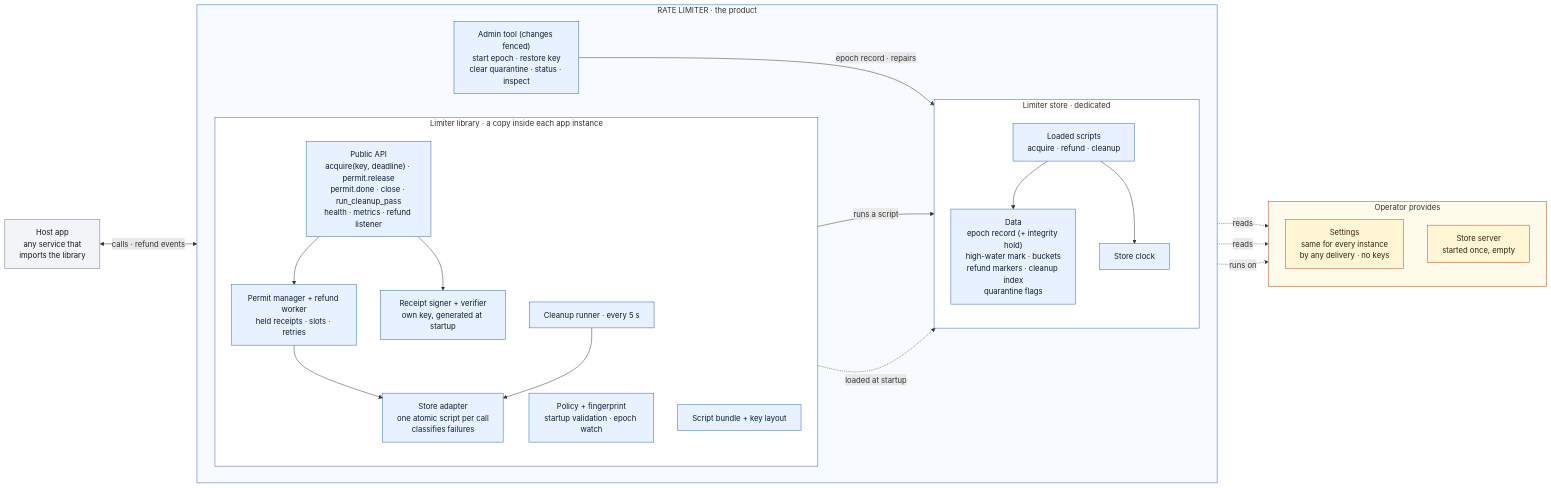
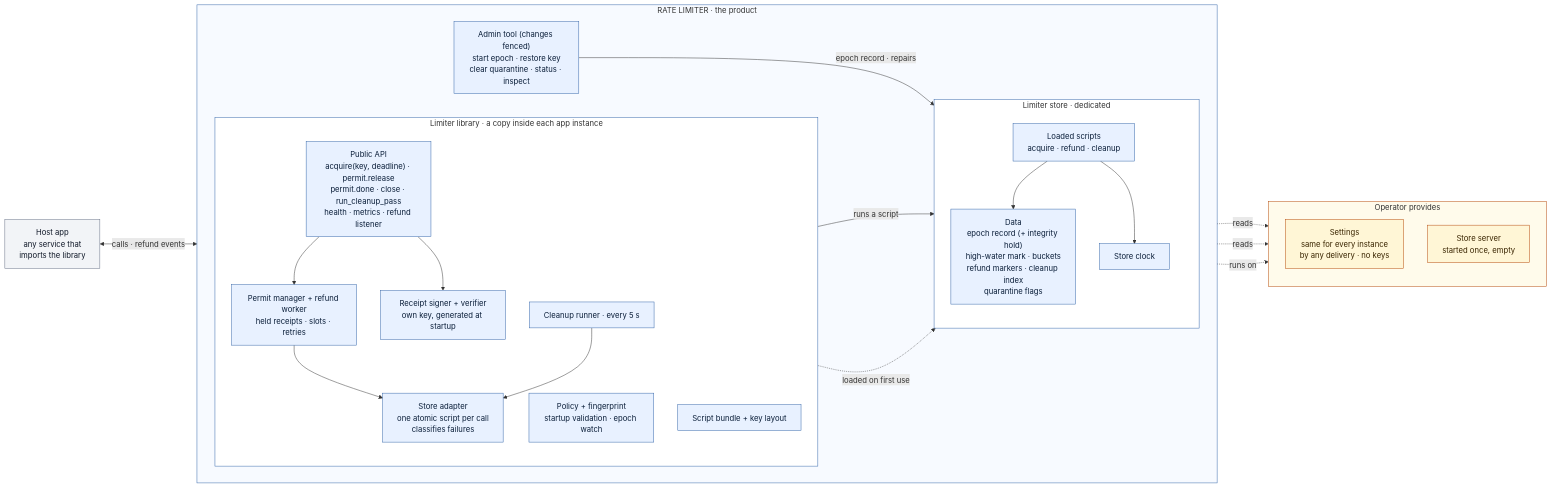
The first of 11 diagrams in ARCHITECTURE.md (srir84/ratelimiter), drawn with Mermaid before and after one commit. The commit also changed other lines of this file and 29 other files, not shown here.

````diff
--- a/ARCHITECTURE.md
+++ b/ARCHITECTURE.md
@@ -25,51 +25,51 @@
 ```mermaid
 flowchart LR
   host["Host app<br/>any service that<br/>imports the library"]
   subgraph product["RATE LIMITER · the product"]
     direction LR
     subgraph lib["Limiter library · a copy inside each app instance"]
       direction TB
       papi["Public API<br/>acquire(key, deadline) · permit.release<br/>permit.done · close · run_cleanup_pass<br/>health · metrics · refund listener"]
       pm["Permit manager + refund worker<br/>held receipts · slots · retries"]
       sg["Receipt signer + verifier<br/>own key, generated at startup"]
       pol["Policy + fingerprint<br/>startup validation · epoch watch"]
       cr["Cleanup runner · every 5 s"]
       ad["Store adapter<br/>one atomic script per call<br/>classifies failures"]
       bun["Script bundle + key layout"]
       papi --> pm --> ad
       papi --> sg
       cr --> ad
     end
     subgraph store["Limiter store · dedicated"]
       direction TB
       scr["Loaded scripts<br/>acquire · refund · cleanup"]
       dat["Data<br/>epoch record (+ integrity hold)<br/>high-water mark · buckets<br/>refund markers · cleanup index<br/>quarantine flags"]
       clk["Store clock"]
       scr --> dat
       scr --> clk
     end
     admin["Admin tool (changes fenced)<br/>start epoch · restore key<br/>clear quarantine · status · inspect"]
   end
   subgraph ops["Operator provides"]
     direction TB
     conf["Settings<br/>same for every instance<br/>by any delivery · no keys"]
     srv["Store server<br/>started once, empty"]
   end
   host <-->|"calls · refund events"| papi
   ad -->|"runs a script"| scr
-  bun -.->|"loaded at startup"| scr
+  bun -.->|"loaded on first use"| scr
   admin -->|"epoch record · repairs"| dat
   pol -.->|"reads"| conf
   admin -.->|"reads"| conf
   store -.->|"runs on"| srv
   classDef prod fill:#E8F1FF,stroke:#3264A8,color:#0B1F3A
   classDef app fill:#F2F4F7,stroke:#667085,color:#101828
   classDef op fill:#FFF6D6,stroke:#B54708,color:#3A2500
   class papi,pm,sg,pol,cr,ad,bun,scr,dat,clk,admin prod
   class host app
   class conf,srv op
   style product fill:#F7FAFF,stroke:#3264A8
   style lib fill:#FFFFFF,stroke:#3264A8
   style store fill:#FFFFFF,stroke:#3264A8
   style ops fill:#FFFBEB,stroke:#B54708
 ```
````
